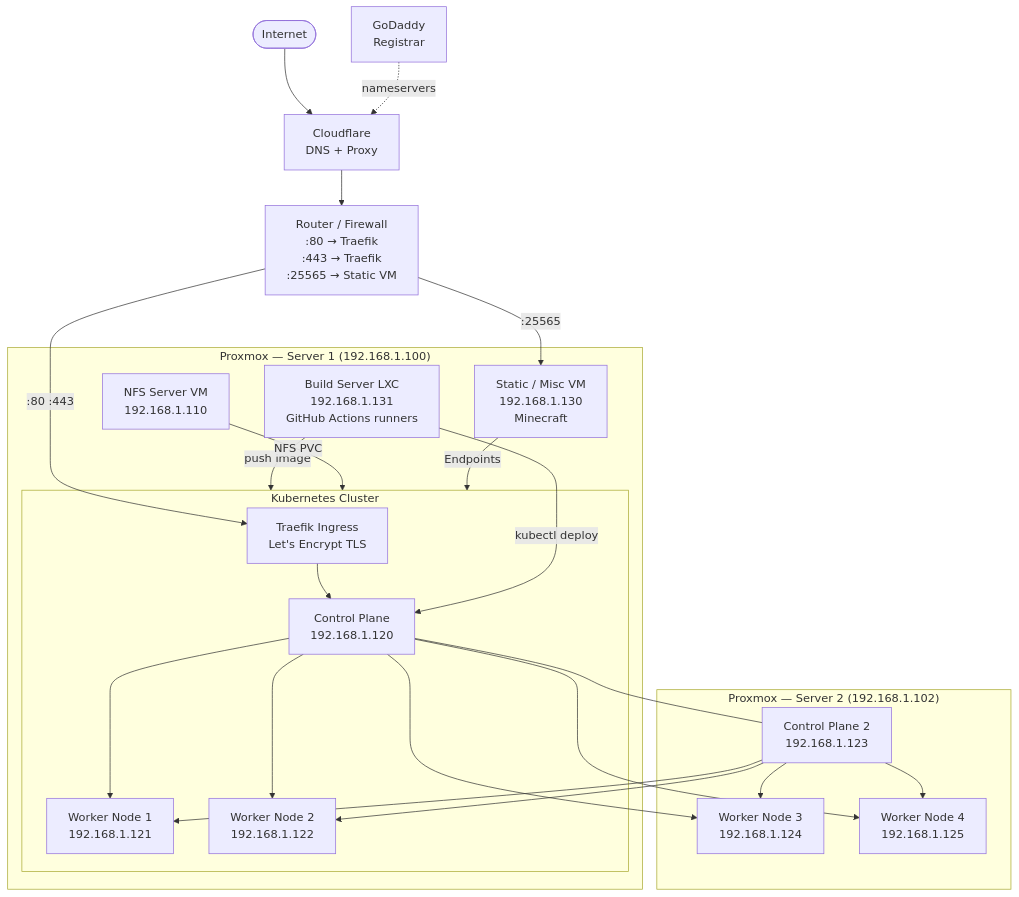
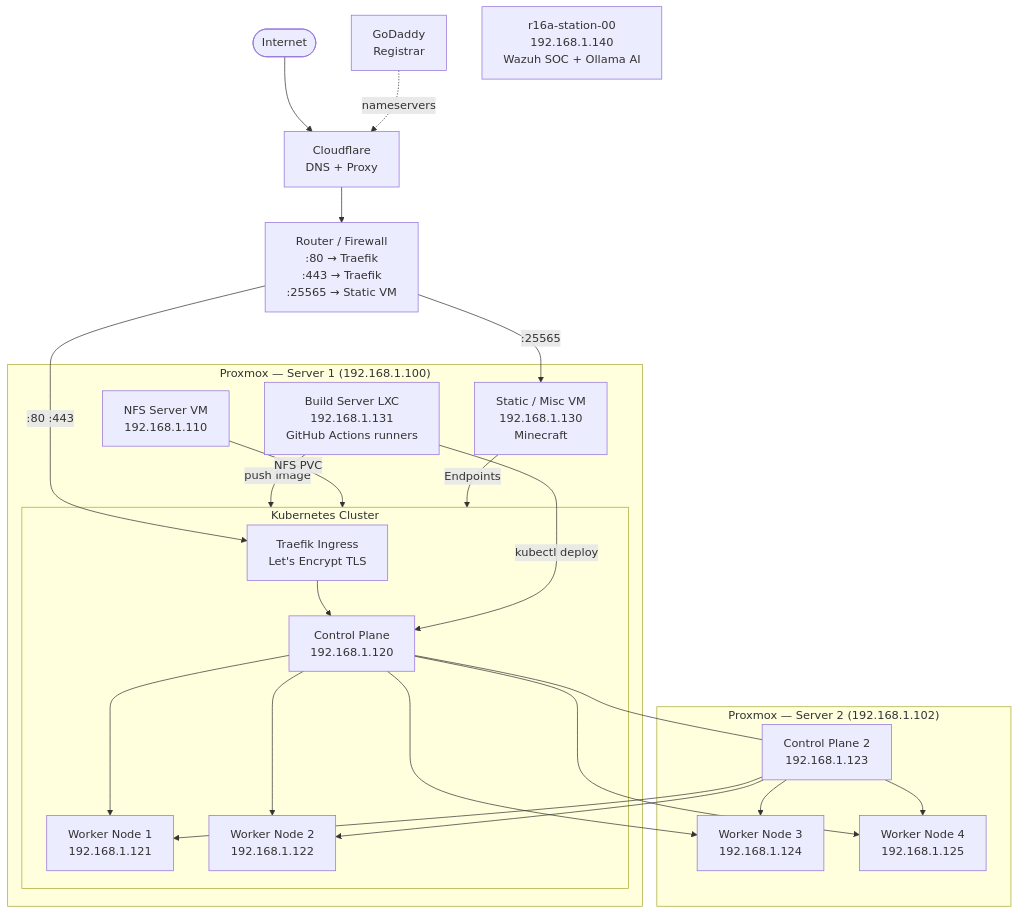
The diagram in README.md (Ramphy0x90/r16a-infra), drawn with Mermaid before and after one commit. The commit also changed other lines of this file and 1 other file, not shown here.

````diff
--- a/README.md
+++ b/README.md
@@ -39,48 +39,50 @@
 ```mermaid
 graph TD
     Internet([Internet])
     CF[Cloudflare<br>DNS + Proxy]
     GD[GoDaddy<br>Registrar]
     Router[Router / Firewall<br>:80 → Traefik<br>:443 → Traefik<br>:25565 → Static VM]
 
     Internet --> CF
     GD -.->|nameservers| CF
     CF --> Router
 
     subgraph Proxmox ["Proxmox — Server 1 (192.168.1.100)"]
         NFS[NFS Server VM<br>192.168.1.110]
         StaticVM[Static / Misc VM<br>192.168.1.130<br>Minecraft]
         BuildLXC[Build Server LXC<br>192.168.1.131<br>GitHub Actions runners]
 
         subgraph K8S ["Kubernetes Cluster"]
             Traefik[Traefik Ingress<br>Let's Encrypt TLS]
             CP[Control Plane<br>192.168.1.120]
             W1[Worker Node 1<br>192.168.1.121]
             W2[Worker Node 2<br>192.168.1.122]
             Traefik --> CP
             CP --> W1
             CP --> W2
         end
     end
 
     subgraph Proxmox2 ["Proxmox — Server 2 (192.168.1.102)"]
         CP2[Control Plane 2<br>192.168.1.123]
         W3[Worker Node 3<br>192.168.1.124]
         W4[Worker Node 4<br>192.168.1.125]
     end
 
+    Station[r16a-station-00<br>192.168.1.140<br>Wazuh SOC + Ollama AI]
+
     CP --- CP2
     CP2 --> W1
     CP2 --> W2
     CP --> W3
     CP --> W4
     CP2 --> W3
     CP2 --> W4
 
     Router -->|:80 :443| Traefik
     Router -->|:25565| StaticVM
     BuildLXC -->|kubectl deploy| CP
     BuildLXC -->|push image| K8S
     NFS -->|NFS PVC| K8S
     StaticVM -->|Endpoints| K8S
 ```
````
